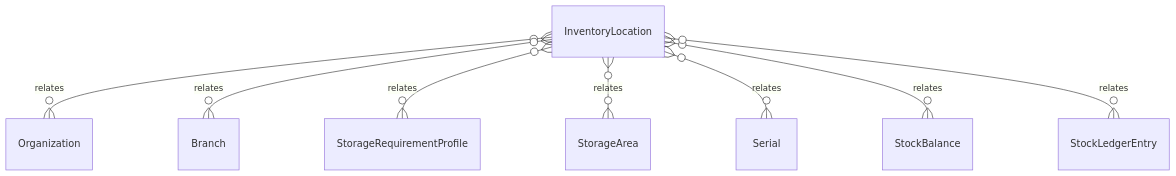
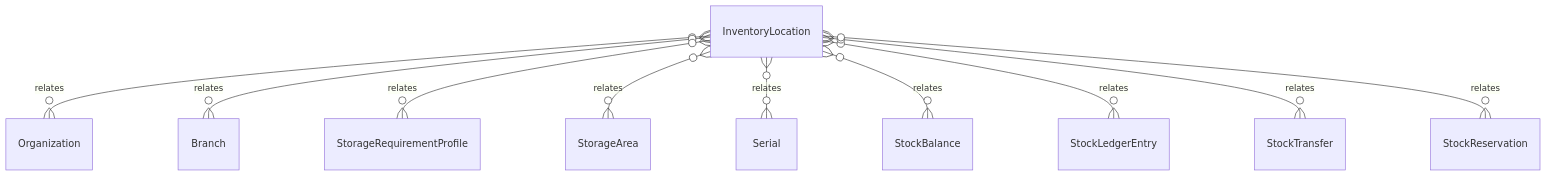
Before and after one commit to tejasnirala/rcln: the diagram in .kb/Database/InventoryLocation.md, drawn with Mermaid. The commit also changed other lines of this file and 117 other files, not shown here.

````diff
--- a/.kb/Database/InventoryLocation.md
+++ b/.kb/Database/InventoryLocation.md
@@ -56,10 +59,12 @@
 ```mermaid
 erDiagram
     InventoryLocation }o--o{ Organization : relates
     InventoryLocation }o--o{ Branch : relates
     InventoryLocation }o--o{ StorageRequirementProfile : relates
     InventoryLocation }o--o{ StorageArea : relates
     InventoryLocation }o--o{ Serial : relates
     InventoryLocation }o--o{ StockBalance : relates
     InventoryLocation }o--o{ StockLedgerEntry : relates
+    InventoryLocation }o--o{ StockTransfer : relates
+    InventoryLocation }o--o{ StockReservation : relates
 ```
````
